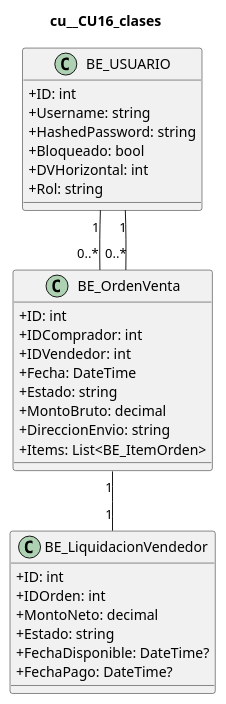
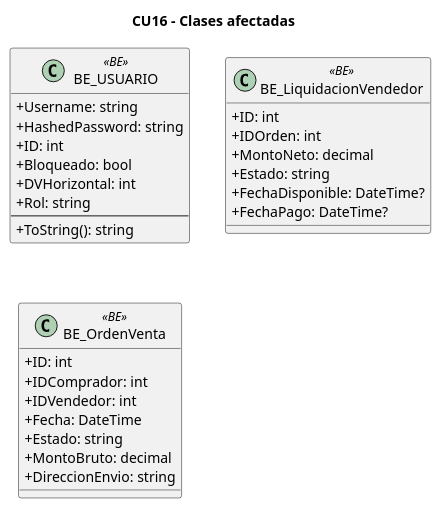
One commit to L-Muniz/uai-diploma_2026 changed the diagram in docs/diagramas/uml/cu__CU16_clases.puml. Above: the diagram before and after it, drawn with PlantUML. The commit also changed 58 other files, not shown here.

Commit message:
Docs: diagramas de clases con la notación de la tercera entrega (paquetes, estereotipos, firmas, asociaciones)

```diff
--- a/docs/diagramas/uml/cu__CU16_clases.puml
+++ b/docs/diagramas/uml/cu__CU16_clases.puml
@@ -1,33 +1,31 @@
 @startuml
 skinparam classAttributeIconSize 0
-title cu__CU16_clases
-class "BE_USUARIO" as USUARIO {
-  +ID: int
+title CU16 - Clases afectadas
+class "BE_USUARIO" as BE_USUARIO <<BE>> {
   +Username: string
   +HashedPassword: string
+  +ID: int
   +Bloqueado: bool
   +DVHorizontal: int
   +Rol: string
+  --
+  +ToString(): string
 }
-class "BE_LiquidacionVendedor" as LIQUIDACION {
+class "BE_LiquidacionVendedor" as BE_LiquidacionVendedor <<BE>> {
   +ID: int
   +IDOrden: int
   +MontoNeto: decimal
   +Estado: string
   +FechaDisponible: DateTime?
   +FechaPago: DateTime?
 }
-class "BE_OrdenVenta" as ORDEN {
+class "BE_OrdenVenta" as BE_OrdenVenta <<BE>> {
   +ID: int
   +IDComprador: int
   +IDVendedor: int
   +Fecha: DateTime
   +Estado: string
   +MontoBruto: decimal
   +DireccionEnvio: string
-  +Items: List<BE_ItemOrden>
 }
-USUARIO "1" -- "0..*" ORDEN
-USUARIO "1" -- "0..*" ORDEN
-ORDEN "1" -- "1" LIQUIDACION
 @enduml
```
